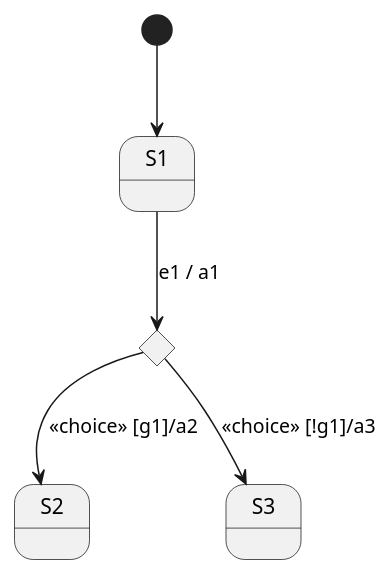
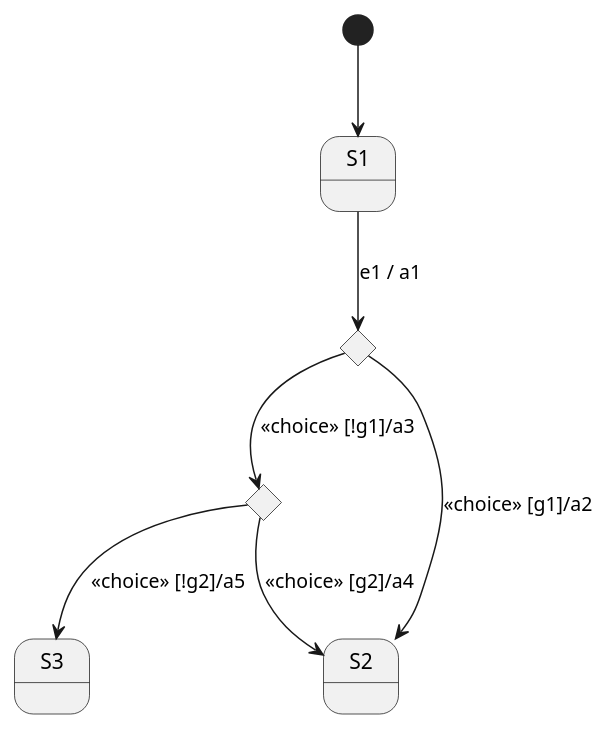
One commit to tzijnge/FloHsm changed the diagram in Source/Generated/C/TestChoice/choice.puml. Above: the diagram before and after it, drawn with PlantUML. The commit also changed 1 other file, not shown here.

Commit message:
Support for C state machines * Extended TestChoice

```diff
--- a/Source/Generated/C/TestChoice/choice.puml
+++ b/Source/Generated/C/TestChoice/choice.puml
@@ -1,8 +1,11 @@
 @startuml
 state C1 <<choice>>
+state C2 <<choice>>
 
 [*] --> S1
 S1 --> C1: e1 / a1
 C1 --> S2: <<choice>> [g1]/a2
-C1 --> S3: <<choice>> [!g1]/a3
+C1 --> C2: <<choice>> [!g1]/a3
+C2 --> S2: <<choice>> [g2]/a4
+C2 --> S3: <<choice>> [!g2]/a5
 @enduml
```
